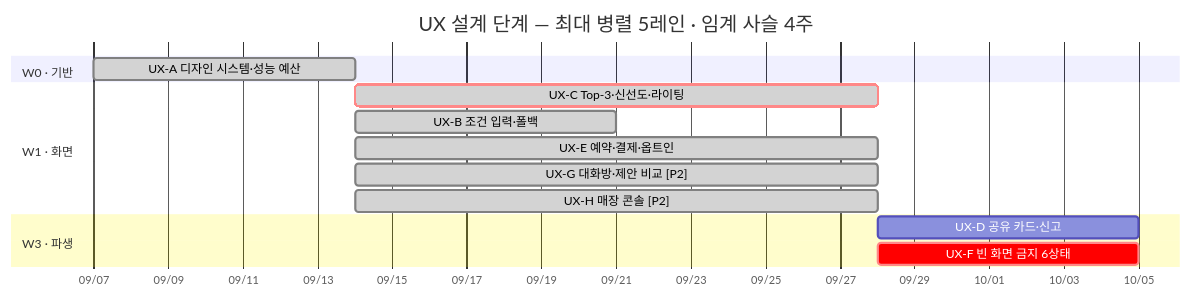
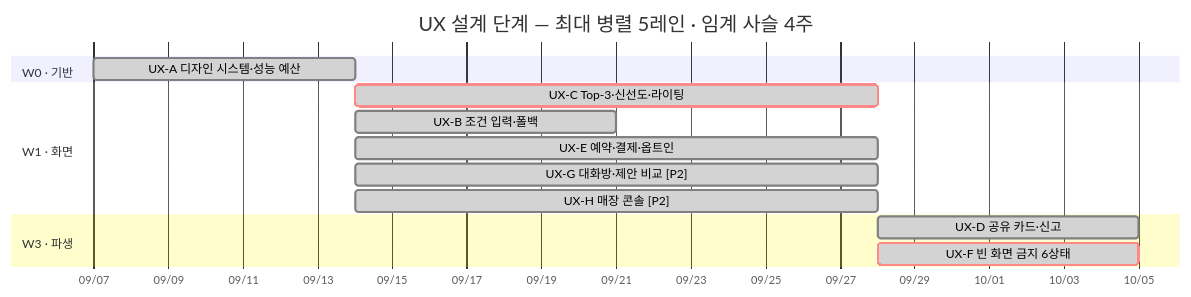
The diagram in docs/goals/ux-design-stage-LEDGER.md (STERNYUL/AI_PLACE_MATE), drawn with Mermaid before and after one commit. The commit also changed other lines of this file and 2 other files, not shown here.

````diff
--- a/docs/goals/ux-design-stage-LEDGER.md
+++ b/docs/goals/ux-design-stage-LEDGER.md
@@ -19,17 +19,17 @@
 ```mermaid
 gantt
     title UX 설계 단계 — 최대 병렬 5레인 · 임계 사슬 4주
     dateFormat YYYY-MM-DD
     axisFormat %m/%d
     section W0 · 기반
     UX-A 디자인 시스템·성능 예산 :done, uxa, 2026-09-07, 1w
     section W1 · 화면
     UX-C Top-3·신선도·라이팅 :crit, done, uxc, after uxa, 2w
     UX-B 조건 입력·폴백 :done, uxb, after uxa, 1w
     UX-E 예약·결제·옵트인 :done, uxe, after uxa, 2w
     UX-G 대화방·제안 비교 [P2] :done, uxg, after uxa, 2w
     UX-H 매장 콘솔 [P2] :done, uxh, after uxa, 2w
     section W3 · 파생
-    UX-D 공유 카드·신고 :uxd, after uxc, 1w
-    UX-F 빈 화면 금지 6상태 :crit, uxf, after uxc, 1w
+    UX-D 공유 카드·신고 :done, uxd, after uxc, 1w
+    UX-F 빈 화면 금지 6상태 :crit, done, uxf, after uxc, 1w
 ```
````
